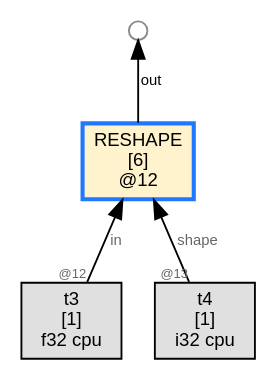
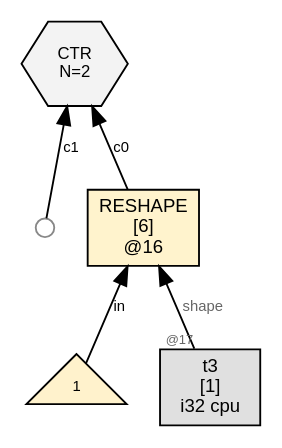
Before and after one commit to sw1sh/TinyHVM: the diagram in wl/examples/thvm_graphs/grad_rules/reshape/thvm_2_post_sweep.dot, drawn with Graphviz. The commit also changed 184 other files, not shown here.

First line of the commit message:
grad: NUM(1) seed; CTR consumer; STOP_AFTER_SWEEP; keep ADD intermediate

```diff
--- a/wl/examples/thvm_graphs/grad_rules/reshape/thvm_2_post_sweep.dot
+++ b/wl/examples/thvm_graphs/grad_rules/reshape/thvm_2_post_sweep.dot
@@ -1,13 +1,15 @@
 digraph G {
   rankdir=BT;
   node [fontname="Helvetica", fontsize=10, style=filled, shape=box, margin="0.1,0.05"];
   edge [fontsize=8, fontname="Helvetica"];
 
-  n12 [label="RESHAPE\n[6]\n@12", shape=box, fillcolor="#fff3cd",color="#1f78ff",penwidth=2.2];
-  t3 [label="t3\n[1]\nf32 cpu",shape=box,fillcolor="#e0e0e0"];
-  t3 -> n12 [label="in",taillabel="@12",labelfontsize=7,fontcolor="#666666"];
-  t4 [label="t4\n[1]\ni32 cpu",shape=box,fillcolor="#e0e0e0"];
-  t4 -> n12 [label="shape",taillabel="@13",labelfontsize=7,fontcolor="#666666"];
-  free12_1000 [label="",shape=circle,width=0.14,height=0.14,fixedsize=true,fillcolor="#ffffff",color="#888888",fontsize=1];
-  n12 -> free12_1000 [label="out"];
+  n16 [label="RESHAPE\n[6]\n@16", shape=box, fillcolor="#fff3cd"];
+  num16_0 [label="1",shape=triangle,fillcolor="#fff2cc",fontsize=8];
+  num16_0 -> n16 [label="in"];
+  t3 [label="t3\n[1]\ni32 cpu",shape=box,fillcolor="#e0e0e0"];
+  t3 -> n16 [label="shape",taillabel="@17",labelfontsize=7,fontcolor="#666666"];
+  ctr7 [label="CTR\nN=2", shape=hexagon, fillcolor="#f3f3f3", fontsize=9];
+  n16 -> ctr7 [label="c0"];
+  free7_1 [label="",shape=circle,width=0.14,height=0.14,fixedsize=true,fillcolor="#ffffff",color="#888888",fontsize=1];
+  free7_1 -> ctr7 [label="c1"];
 }
```
